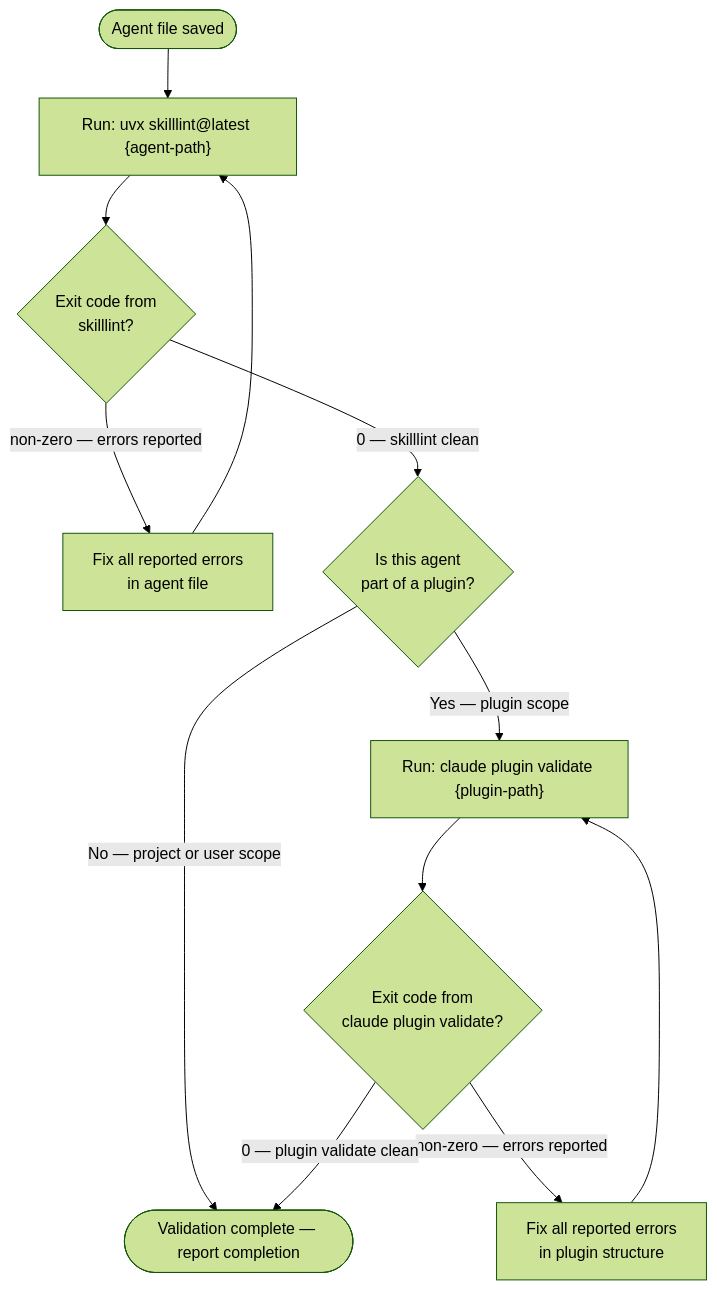
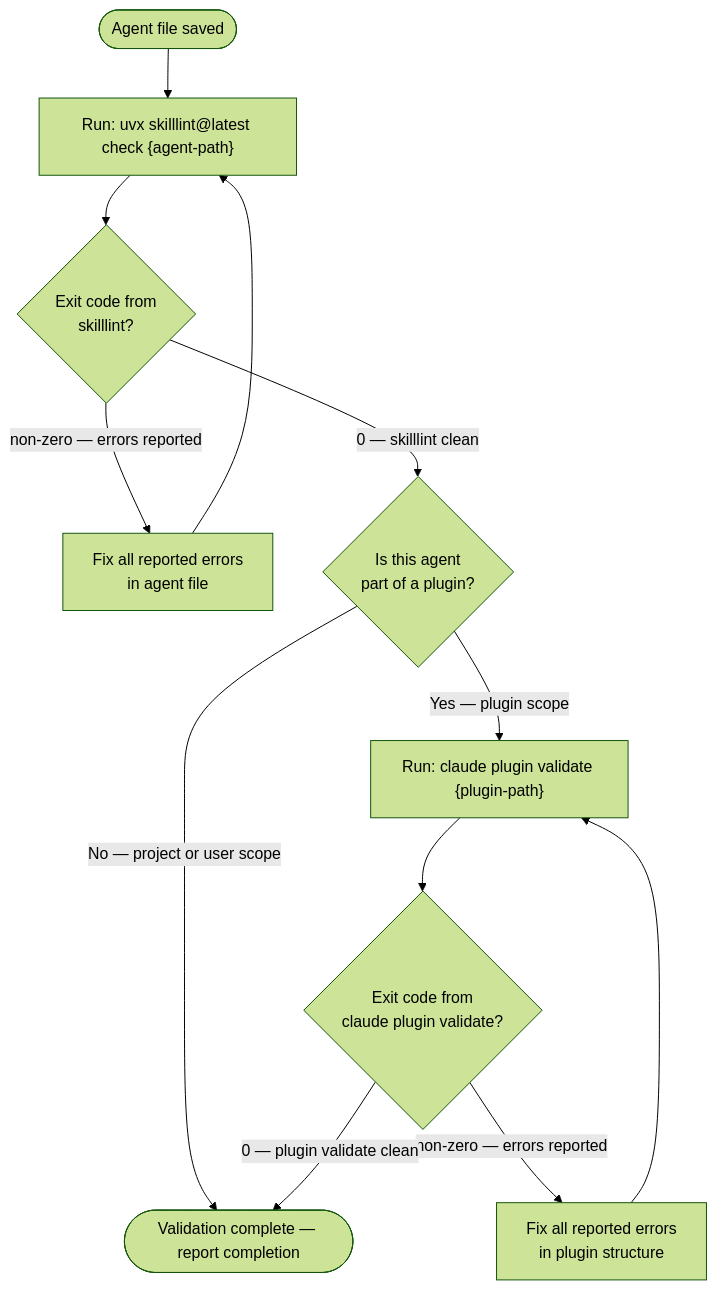
One commit to chgreer1070/claude_skills changed the fourth of 5 diagrams in plugins/plugin-creator/agents/agent-creator.md. Above: the diagram before and after it, drawn with Mermaid (forest theme). The commit also changed 42 other files, not shown here.

First line of the commit message:
refactor(migration): migrate plugin_validator.py to uvx skilllint@latest check

````diff
--- a/plugins/plugin-creator/agents/agent-creator.md
+++ b/plugins/plugin-creator/agents/agent-creator.md
@@ -163,14 +163,14 @@
 ```mermaid
 flowchart TD
-    Start(["Agent file saved"]) --> V1["Run: uvx skilllint@latest {agent-path}"]
+    Start(["Agent file saved"]) --> V1["Run: uvx skilllint@latest check {agent-path}"]
     V1 --> Q1{"Exit code from<br>skilllint?"}
     Q1 -->|"non-zero — errors reported"| Fix1["Fix all reported errors<br>in agent file"]
     Fix1 --> V1
     Q1 -->|"0 — skilllint clean"| Q2{"Is this agent<br>part of a plugin?"}
     Q2 -->|"No — project or user scope"| Done(["Validation complete — report completion"])
     Q2 -->|"Yes — plugin scope"| V2["Run: claude plugin validate {plugin-path}"]
     V2 --> Q3{"Exit code from<br>claude plugin validate?"}
     Q3 -->|"non-zero — errors reported"| Fix2["Fix all reported errors<br>in plugin structure"]
     Fix2 --> V2
     Q3 -->|"0 — plugin validate clean"| Done
 ```
````
